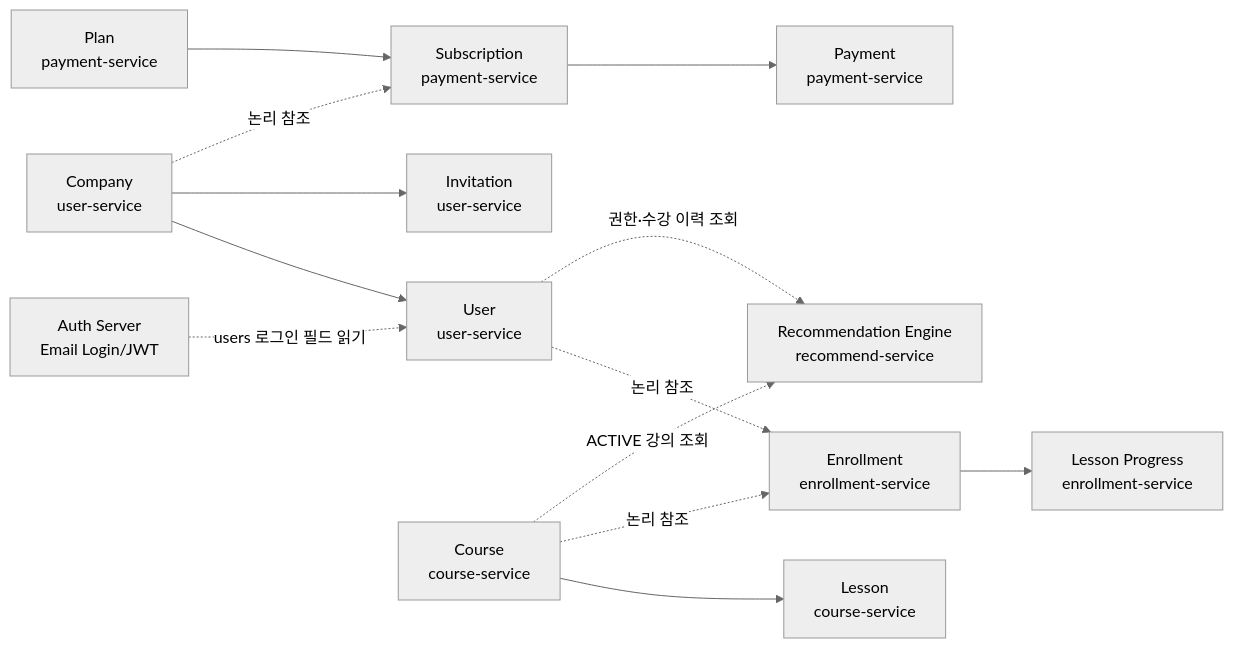
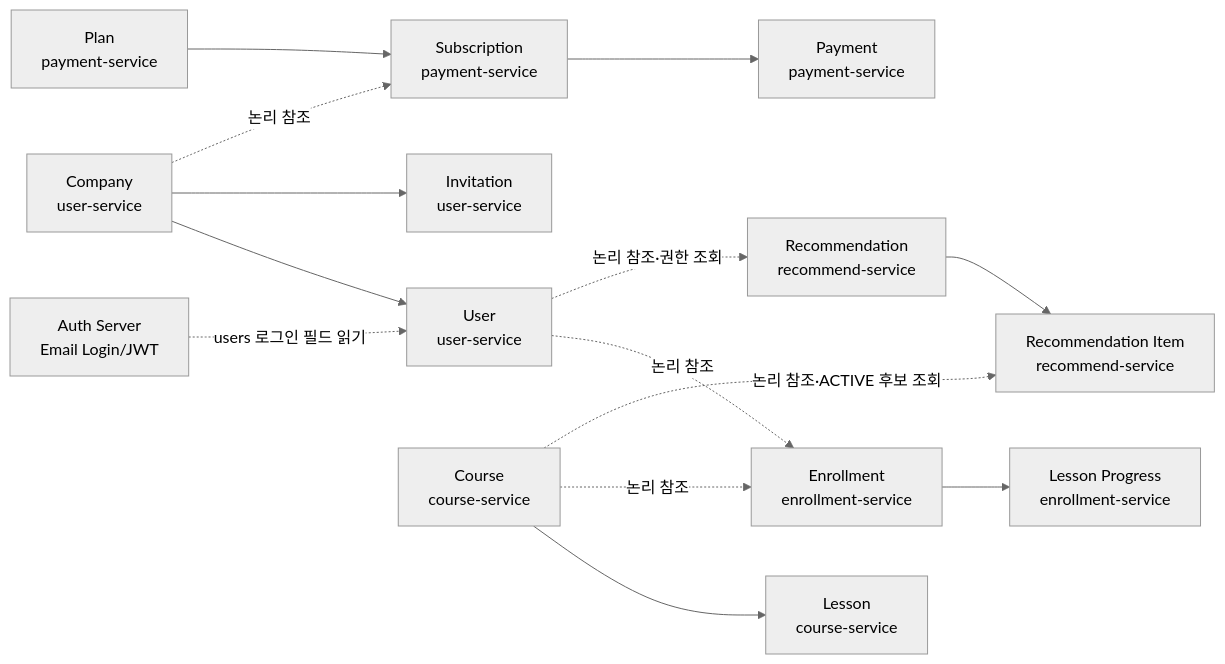
One commit to skala-msa-team/linguaroute-msa changed the first of 6 diagrams in docs/erd.md. Above: the diagram before and after it, drawn with Mermaid (neutral theme). The commit also changed other lines of this file and 37 other files, not shown here.

````diff
--- a/docs/erd.md
+++ b/docs/erd.md
@@ -19,15 +19,16 @@
 ```mermaid
 flowchart LR
     AUTH_SERVER["Auth Server<br/>Email Login/JWT"] -. "users 로그인 필드 읽기" .-> USER
     COMPANY["Company<br/>user-service"] --> USER["User<br/>user-service"]
     COMPANY --> INVITATION["Invitation<br/>user-service"]
     COMPANY -. "논리 참조" .-> SUBSCRIPTION["Subscription<br/>payment-service"]
     PLAN["Plan<br/>payment-service"] --> SUBSCRIPTION
     SUBSCRIPTION --> PAYMENT["Payment<br/>payment-service"]
     USER -. "논리 참조" .-> ENROLLMENT["Enrollment<br/>enrollment-service"]
     COURSE["Course<br/>course-service"] --> LESSON["Lesson<br/>course-service"]
     COURSE -. "논리 참조" .-> ENROLLMENT
     ENROLLMENT --> PROGRESS["Lesson Progress<br/>enrollment-service"]
-    USER -. "권한·수강 이력 조회" .-> RECOMMEND_ENGINE["Recommendation Engine<br/>recommend-service"]
-    COURSE -. "ACTIVE 강의 조회" .-> RECOMMEND_ENGINE
+    USER -. "논리 참조·권한 조회" .-> RECOMMENDATION["Recommendation<br/>recommend-service"]
+    COURSE -. "논리 참조·ACTIVE 후보 조회" .-> RECOMMENDATION_ITEM["Recommendation Item<br/>recommend-service"]
+    RECOMMENDATION --> RECOMMENDATION_ITEM
 ```
````
